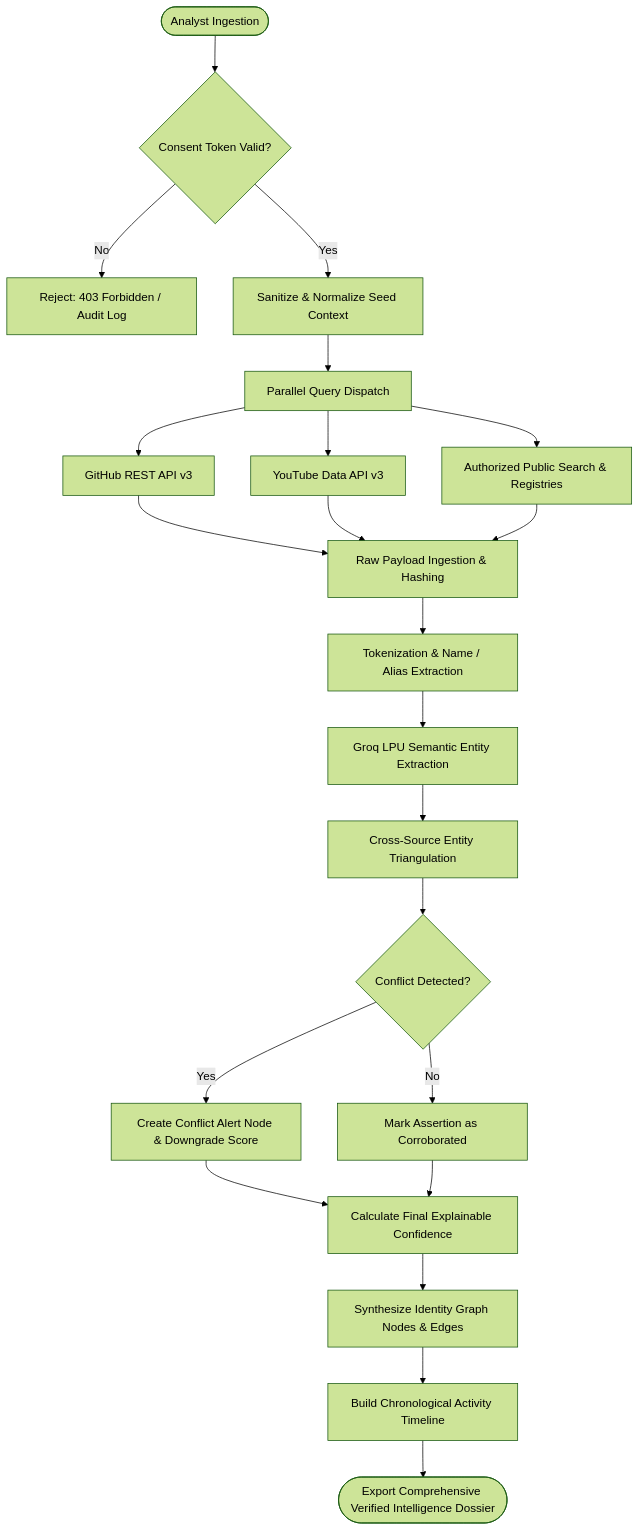
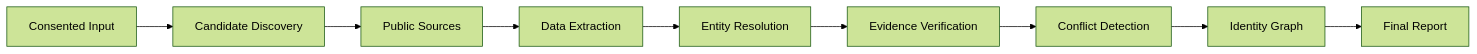
Before and after one commit to abdulkani007/PRISM: the second of 2 diagrams in README.md, drawn with Mermaid (forest theme). The commit also changed other lines of this file, not shown here.

````diff
--- a/README.md
+++ b/README.md
@@ -263,31 +72,11 @@
 ```mermaid
-flowchart TD
-    A([Analyst Ingestion]) --> B{Consent Token Valid?}
-    B -- No --> C[Reject: 403 Forbidden / Audit Log]
-    B -- Yes --> D[Sanitize & Normalize Seed Context]
-    
-    D --> E[Parallel Query Dispatch]
-    E --> F1[GitHub REST API v3]
-    E --> F2[YouTube Data API v3]
-    E --> F3[Authorized Public Search & Registries]
-    
-    F1 --> G[Raw Payload Ingestion & Hashing]
-    F2 --> G
-    F3 --> G
-    
-    G --> H[Tokenization & Name / Alias Extraction]
-    H --> I[Groq LPU Semantic Entity Extraction]
-    
-    I --> J[Cross-Source Entity Triangulation]
-    J --> K{Conflict Detected?}
-    
-    K -- Yes --> L[Create Conflict Alert Node & Downgrade Score]
-    K -- No --> M[Mark Assertion as Corroborated]
-    
-    L --> N[Calculate Final Explainable Confidence]
-    M --> N
-    
-    N --> O[Synthesize Identity Graph Nodes & Edges]
-    O --> P[Build Chronological Activity Timeline]
-    P --> Q([Export Comprehensive Verified Intelligence Dossier])
+flowchart LR
+    A[Consented Input] --> B[Candidate Discovery]
+    B --> C[Public Sources]
+    C --> D[Data Extraction]
+    D --> E[Entity Resolution]
+    E --> F[Evidence Verification]
+    F --> G[Conflict Detection]
+    G --> H[Identity Graph]
+    H --> I[Final Report]
 ```
````
